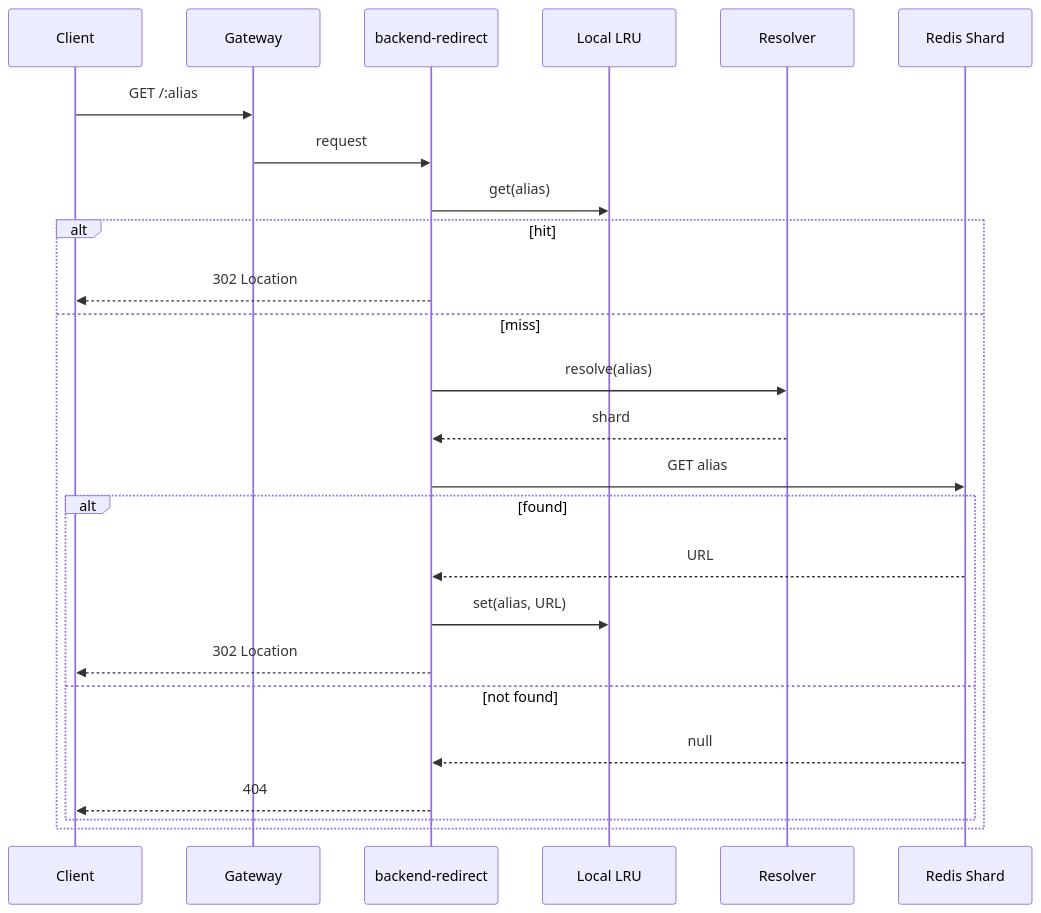
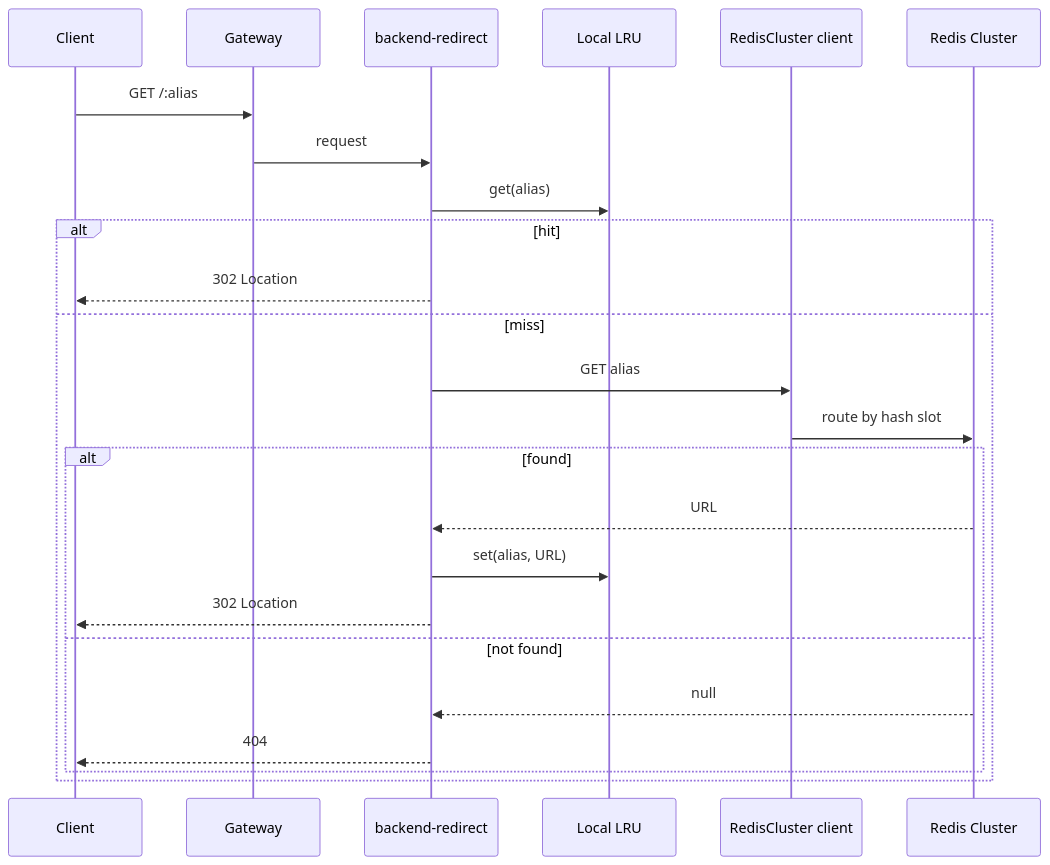
Before and after one commit to sumiredc/alias-url: the fourth of 7 diagrams in variants/distributed/ARCHITECTURE.md, drawn with Mermaid. The commit also changed other lines of this file and 27 other files, not shown here.

````diff
--- a/variants/distributed/ARCHITECTURE.md
+++ b/variants/distributed/ARCHITECTURE.md
@@ -89,28 +87,27 @@
 ```mermaid
 sequenceDiagram
     participant C as Client
     participant G as Gateway
     participant R as backend-redirect
     participant L as Local LRU
-    participant H as Resolver
-    participant S as Redis Shard
+    participant RC as RedisCluster client
+    participant S as Redis Cluster
 
     C->>G: GET /:alias
     G->>R: request
     R->>L: get(alias)
     alt hit
         R-->>C: 302 Location
     else miss
-        R->>H: resolve(alias)
-        H-->>R: shard
-        R->>S: GET alias
+        R->>RC: GET alias
+        RC->>S: route by hash slot
         alt found
             S-->>R: URL
             R->>L: set(alias, URL)
             R-->>C: 302 Location
         else not found
             S-->>R: null
             R-->>C: 404
         end
     end
 ```
````
